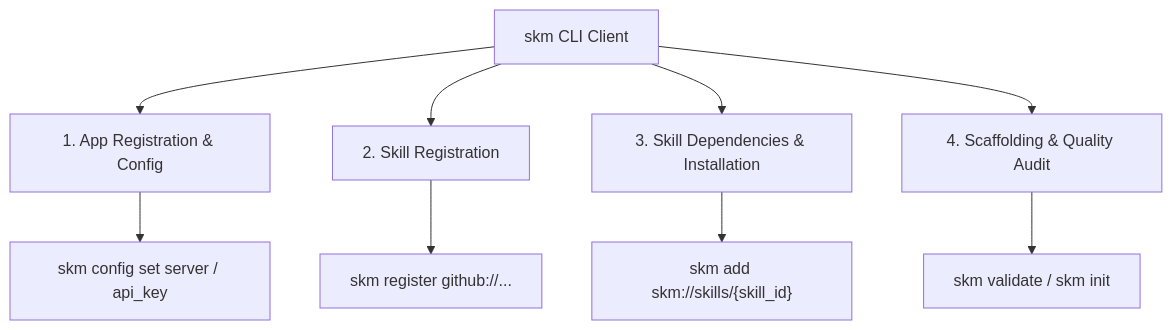
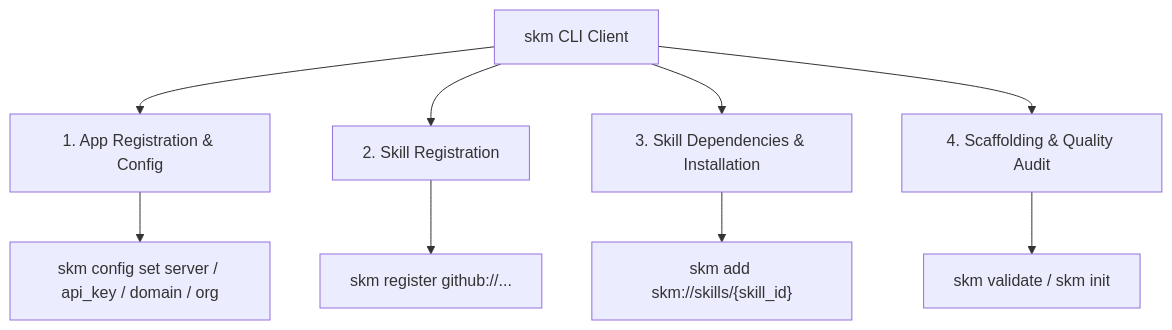
One commit to retail-cortex/skills changed the diagram in docs/content/cli/_index.md. Above: the diagram before and after it, drawn with Mermaid. The commit also changed 18 other files, not shown here.

````diff
--- a/docs/content/cli/_index.md
+++ b/docs/content/cli/_index.md
@@ -14,12 +14,12 @@
 ```mermaid
 graph TD
     A[skm CLI Client] --> B[1. App Registration & Config]
     A --> C[2. Skill Registration]
     A --> D[3. Skill Dependencies & Installation]
     A --> E[4. Scaffolding & Quality Audit]
 
-    B --> B1["skm config set server / api_key"]
+    B --> B1["skm config set server / api_key / domain / org"]
     C --> C1["skm register github://..."]
     D --> D1["skm add skm://skills/{skill_id}"]
     E --> E1["skm validate / skm init"]
 ```
````
